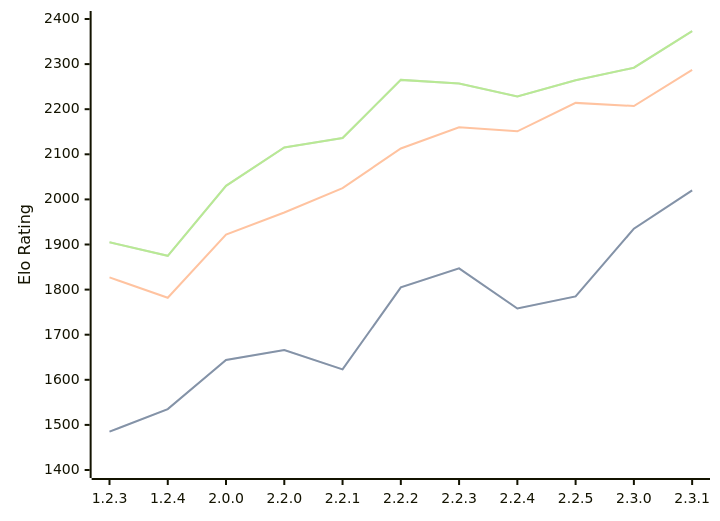
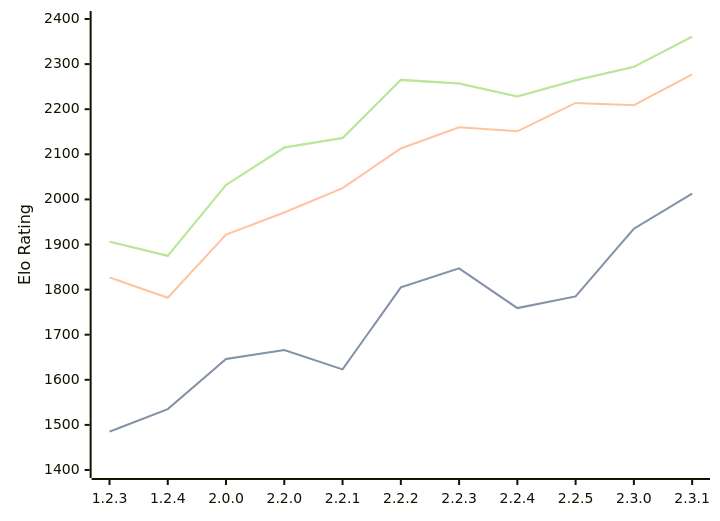
One commit to computer-chess-index/cci changed the diagram in engines/Kreveta.md. Above: the diagram before and after it, drawn with Mermaid. The commit also changed other lines of this file, not shown here.

Commit message:
Update CCI Ratings (ELO VLTC) - 2026-05-15

````diff
--- a/engines/Kreveta.md
+++ b/engines/Kreveta.md
@@ -43,11 +43,11 @@
 ```mermaid
 %%{init: {"theme":"base","themeVariables":{"seriesColors:['#a3a3a3','#222221','#faa371']}}}%%
 xychart-beta
   x-axis ["1.2.3", "1.2.4", "2.0.0", "2.2.0", "2.2.1", "2.2.2", "2.2.3", "2.2.4", "2.2.5", "2.3.0", "2.3.1"]
   y-axis "Elo Rating" 1400 --> 2400
-  line "STC (8.0+0.08s)" [1485, 1535, 1644, 1666, 1623, 1805, 1847, 1758, 1785, 1935, 2020]
-  line "STC (8.0+0.08s)" [1485, 1535, 1644, 1666, 1623, 1805, 1847, 1758, 1785, 1935, 2020]
-  line "LTC (60.0+0.60s)" [1827, 1782, 1922, 1971, 2025, 2113, 2160, 2151, 2214, 2207, 2287]
-  line "VLTC (2m24s+1.12s)" [1905, 1875, 2030, 2115, 2136, 2265, 2257, 2228, 2264, 2292, 2373]
-  line "VLTC (2m24s+1.12s)" [1905, 1875, 2030, 2115, 2136, 2265, 2257, 2228, 2264, 2292, 2373]
+  line "STC (8.0+0.08s)" [1485, 1535, 1646, 1666, 1623, 1805, 1847, 1759, 1785, 1935, 2013]
+  line "STC (8.0+0.08s)" [1485, 1535, 1646, 1666, 1623, 1805, 1847, 1759, 1785, 1935, 2013]
+  line "LTC (60.0+0.60s)" [1827, 1782, 1922, 1971, 2025, 2113, 2160, 2151, 2214, 2209, 2277]
+  line "VLTC (2m24s+1.12s)" [1906, 1875, 2032, 2115, 2136, 2265, 2257, 2228, 2264, 2294, 2361]
+  line "VLTC (2m24s+1.12s)" [1906, 1875, 2032, 2115, 2136, 2265, 2257, 2228, 2264, 2294, 2361]
 ```
````
